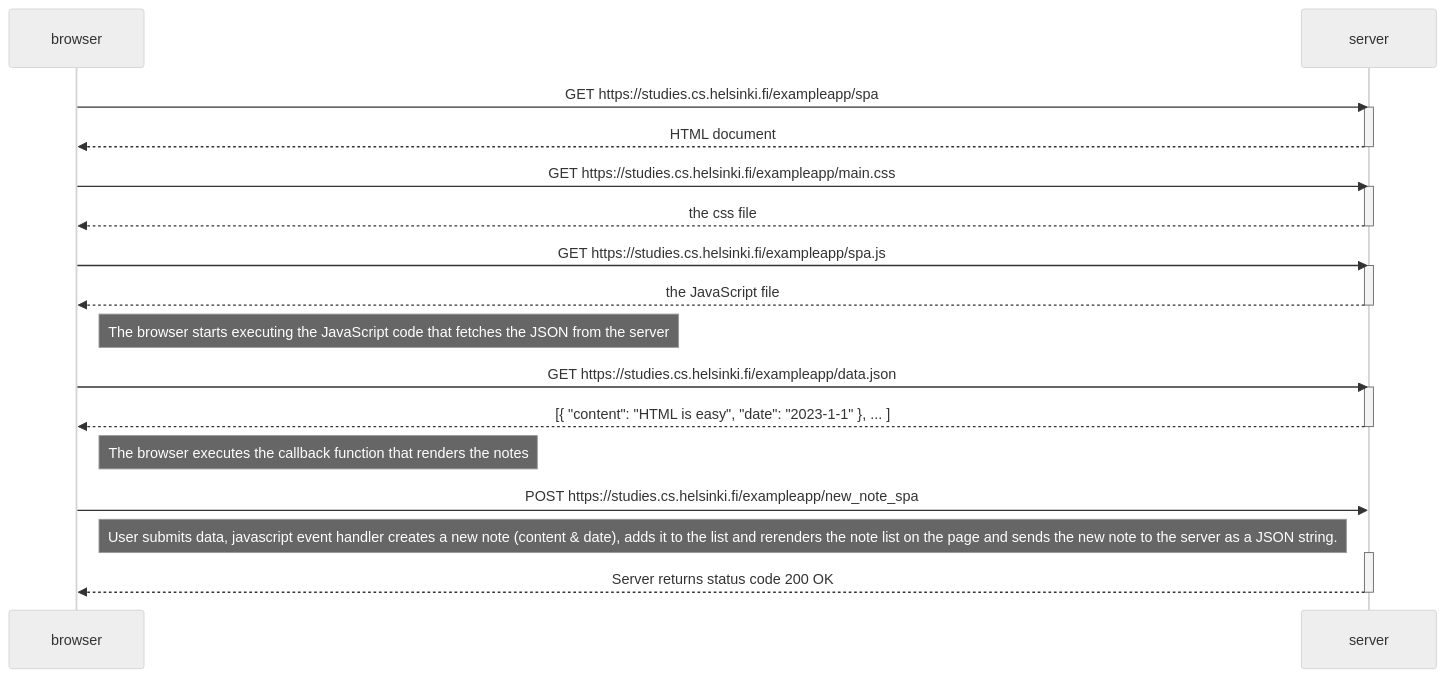
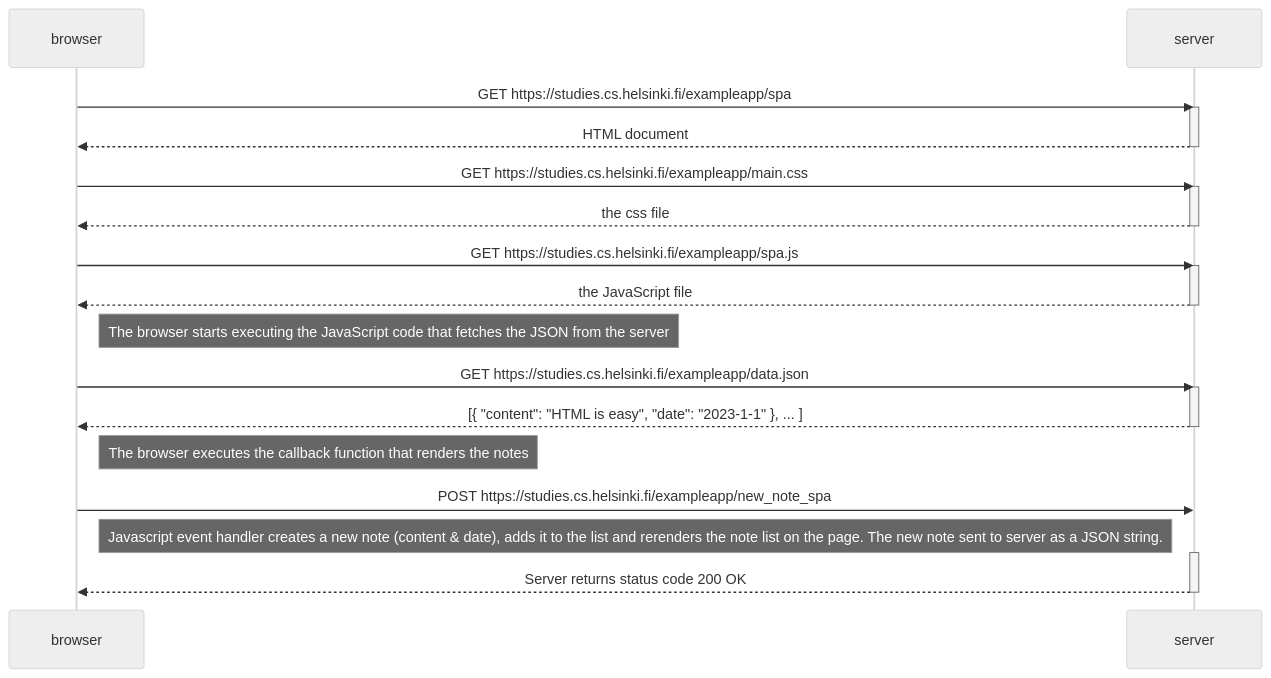
Before and after one commit to WingRa7/fullstackopencourse: the diagram in part0/6.md, drawn with Mermaid (neutral theme).

````diff
--- a/part0/6.md
+++ b/part0/6.md
@@ -2,34 +2,34 @@
 ```mermaid
 sequenceDiagram
     participant browser
     participant server
 
     browser->>server: GET https://studies.cs.helsinki.fi/exampleapp/spa
     activate server
     server-->>browser: HTML document
     deactivate server
 
     browser->>server: GET https://studies.cs.helsinki.fi/exampleapp/main.css
     activate server
     server-->>browser: the css file
     deactivate server
 
     browser->>server: GET https://studies.cs.helsinki.fi/exampleapp/spa.js
     activate server
     server-->>browser: the JavaScript file
     deactivate server
 
     Note right of browser: The browser starts executing the JavaScript code that fetches the JSON from the server
 
     browser->>server: GET https://studies.cs.helsinki.fi/exampleapp/data.json
     activate server
     server-->>browser: [{ "content": "HTML is easy", "date": "2023-1-1" }, ... ]
     deactivate server
     Note right of browser: The browser executes the callback function that renders the notes
 
     browser->>server: POST https://studies.cs.helsinki.fi/exampleapp/new_note_spa
-    Note right of browser: User submits data, javascript event handler creates a new note (content & date), adds it to the list and rerenders the note list on the page and sends the new note to the server as a JSON string.
+    Note right of browser: Javascript event handler creates a new note (content & date), adds it to the list and rerenders the note list on the page. The new note sent to server as a JSON string.
     activate server
     server-->>browser: Server returns status code 200 OK
     deactivate server
 ```
````
